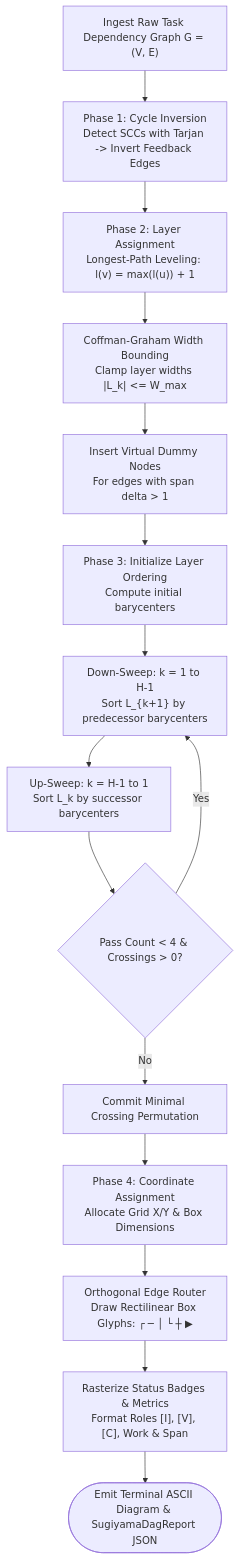
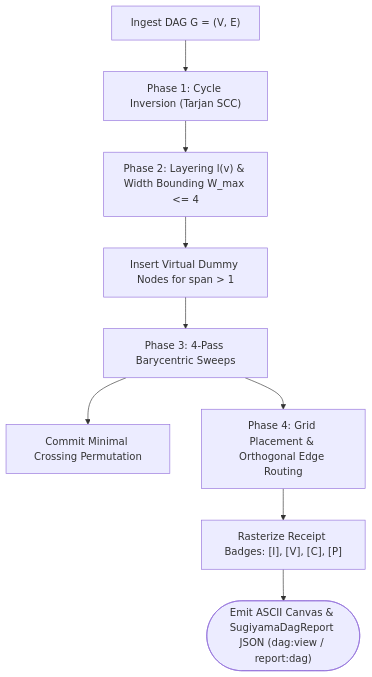
The diagram in docs/olt/architecture/06-topological-scheduler-dags/06-04-sugiyama-layered-layout-engine.md (onurseckin/skills), drawn with Mermaid before and after one commit. The commit also changed other lines of this file and 115 other files, not shown here.

````diff
--- a/docs/olt/architecture/06-topological-scheduler-dags/06-04-sugiyama-layered-layout-engine.md
+++ b/docs/olt/architecture/06-topological-scheduler-dags/06-04-sugiyama-layered-layout-engine.md
@@ -148,20 +110,11 @@
 ```mermaid
 flowchart TD
-    StartLayout["Ingest Raw Task Dependency Graph G = (V, E)"] --> Phase1["Phase 1: Cycle Inversion<br/>Detect SCCs with Tarjan -> Invert Feedback Edges"]
-    Phase1 --> Phase2["Phase 2: Layer Assignment<br/>Longest-Path Leveling: l(v) = max(l(u)) + 1"]
-    Phase2 --> WidthBound["Coffman-Graham Width Bounding<br/>Clamp layer widths |L_k| <= W_max"]
-    WidthBound --> InsertDummies["Insert Virtual Dummy Nodes<br/>For edges with span delta > 1"]
-
-    InsertDummies --> InitBary["Phase 3: Initialize Layer Ordering<br/>Compute initial barycenters"]
-    InitBary --> SweepDown["Down-Sweep: k = 1 to H-1<br/>Sort L_{k+1} by predecessor barycenters"]
-    SweepDown --> SweepUp["Up-Sweep: k = H-1 to 1<br/>Sort L_k by successor barycenters"]
-    SweepUp --> IterCheck{"Pass Count < 4 & Crossings > 0?"}
-
-    IterCheck -->|"Yes"| SweepDown
-    IterCheck -->|"No"| CommitOrder["Commit Minimal Crossing Permutation"]
-
-    CommitOrder --> Phase4["Phase 4: Coordinate Assignment<br/>Allocate Grid X/Y & Box Dimensions"]
-    Phase4 --> RouteEdges["Orthogonal Edge Router<br/>Draw Rectilinear Box Glyphs: ┌ ─ │ └ ┼ ▶"]
-    RouteEdges --> BadgeRender["Rasterize Status Badges & Metrics<br/>Format Roles [I], [V], [C], Work & Span"]
-    BadgeRender --> EmitOutput(["Emit Terminal ASCII Diagram & SugiyamaDagReport JSON"])
+    Start["Ingest DAG G = (V, E)"] --> P1["Phase 1: Cycle Inversion (Tarjan SCC)"]
+    P1 --> P2["Phase 2: Layering l(v) & Width Bounding W_max <= 4"]
+    P2 --> Dummies["Insert Virtual Dummy Nodes for span > 1"]
+    Dummies --> P3["Phase 3: 4-Pass Barycentric Sweeps"]
+    P3 --> Crossings["Commit Minimal Crossing Permutation"]
+    P3 --> P4["Phase 4: Grid Placement & Orthogonal Edge Routing"]
+    P4 --> Badges["Rasterize Receipt Badges: [I], [V], [C], [P]"]
+    Badges --> Output(["Emit ASCII Canvas & SugiyamaDagReport JSON (dag:view / report:dag)"])
 ```
````
